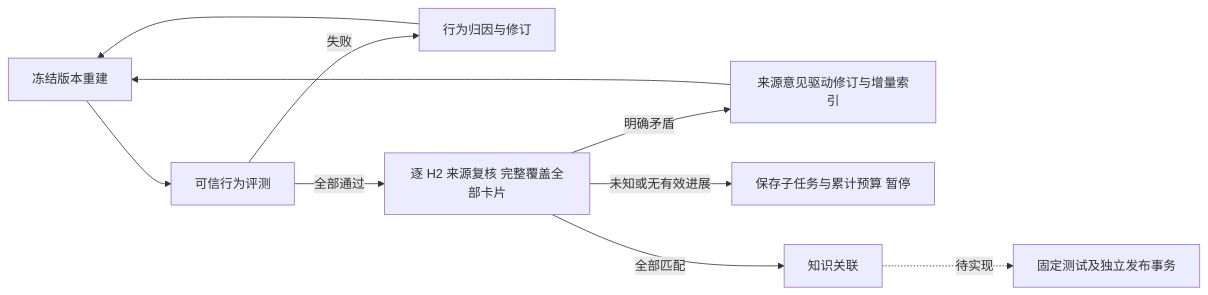
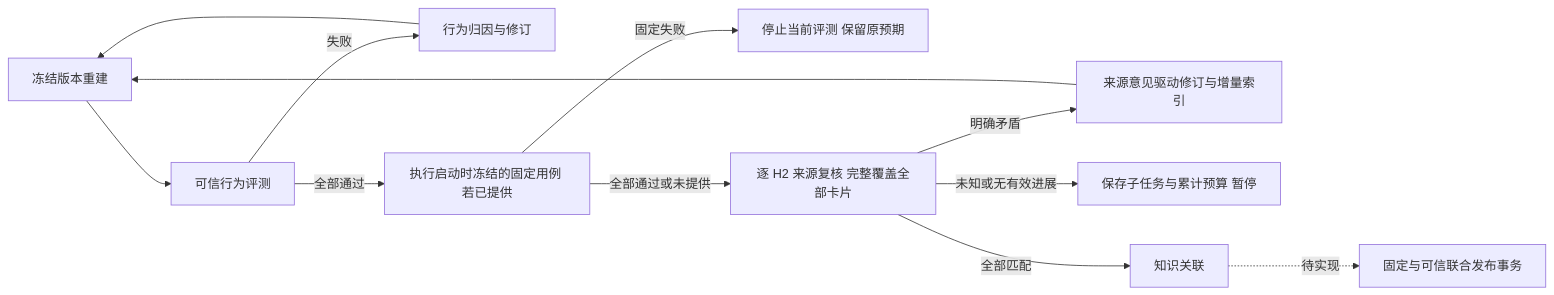
One commit to linlisWorkTeam/domain-knowledge changed diagram 13 of 14 in docs/diagrams/Views4Plus1.md. Above: the diagram before and after it, drawn with Mermaid. The commit also changed other lines of this file and 18 other files, not shown here.

````diff
--- a/docs/diagrams/Views4Plus1.md
+++ b/docs/diagrams/Views4Plus1.md
@@ -312,12 +312,14 @@
 ```mermaid
 flowchart LR
   Code[冻结版本重建] --> Behavior[可信行为评测]
   Behavior -->|失败| BehavioralRepair[行为归因与修订]
   BehavioralRepair --> Code
-  Behavior -->|全部通过| Chapters[逐 H2 来源复核 完整覆盖全部卡片]
+  Behavior -->|全部通过| FixedCases[执行启动时冻结的固定用例 若已提供]
+  FixedCases -->|固定失败| FixedPause[停止当前评测 保留原预期]
+  FixedCases -->|全部通过或未提供| Chapters[逐 H2 来源复核 完整覆盖全部卡片]
   Chapters -->|明确矛盾| SourceRepair[来源意见驱动修订与增量索引]
   SourceRepair --> Code
   Chapters -->|未知或无有效进展| Pause[保存子任务与累计预算 暂停]
   Chapters -->|全部匹配| Associate[知识关联]
-  Associate -.待实现.-> Publish[固定测试及独立发布事务]
+  Associate -.待实现.-> Publish[固定与可信联合发布事务]
 ```
````
